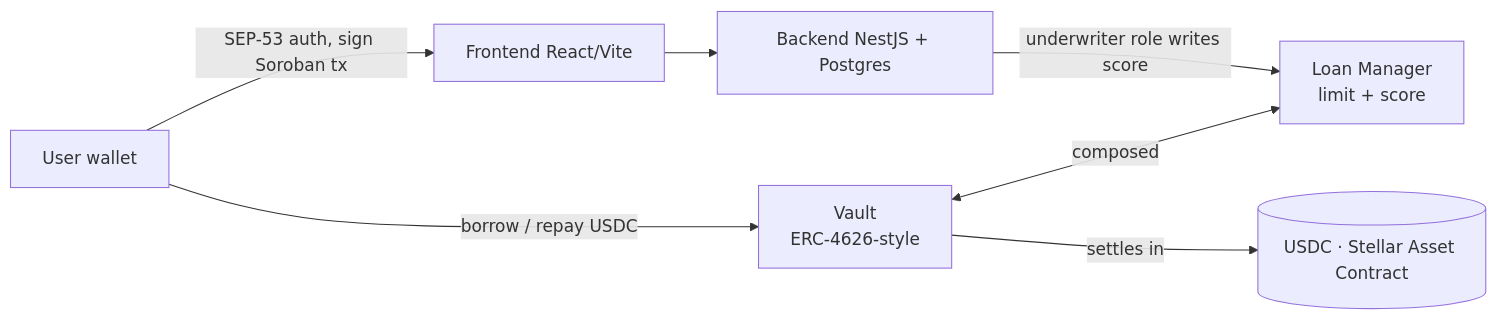
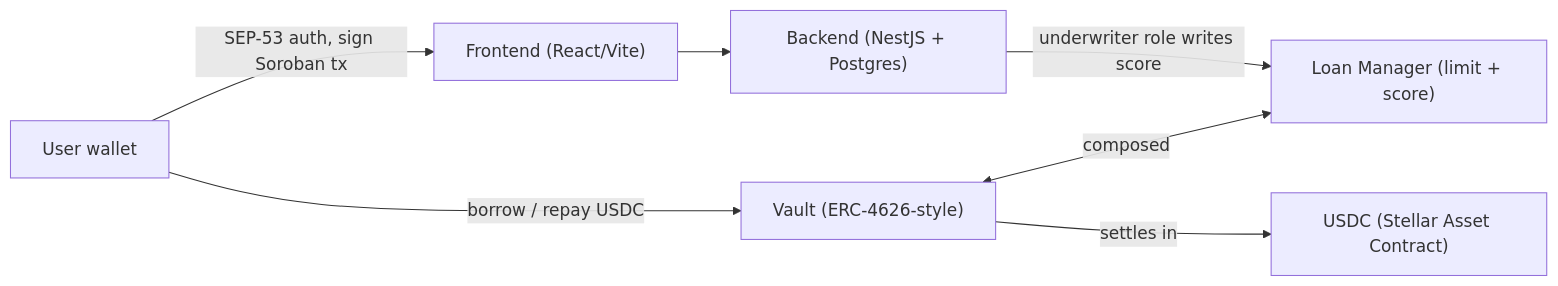
Before and after one commit to LuchoLeonel/lendoor-stellar: the first of 2 diagrams in docs/ARCHITECTURE.md, drawn with Mermaid. The commit also changed other lines of this file, not shown here.

Commit message:
docs: harden mermaid diagrams + add DeFindex worked example

````diff
--- a/docs/ARCHITECTURE.md
+++ b/docs/ARCHITECTURE.md
@@ -33,9 +33,9 @@
 ```mermaid
 flowchart LR
-  U[User wallet] -->|SEP-53 auth, sign Soroban tx| FE[Frontend React/Vite]
-  FE --> BE[Backend NestJS + Postgres]
-  BE -->|underwriter role writes score| LM[Loan Manager<br/>limit + score]
-  U -->|borrow / repay USDC| V[Vault<br/>ERC-4626-style]
+  U["User wallet"] -->|"SEP-53 auth, sign Soroban tx"| FE["Frontend (React/Vite)"]
+  FE --> BE["Backend (NestJS + Postgres)"]
+  BE -->|"underwriter role writes score"| LM["Loan Manager (limit + score)"]
+  U -->|"borrow / repay USDC"| V["Vault (ERC-4626-style)"]
   V <-->|composed| LM
-  V -->|settles in| USDC[(USDC · Stellar Asset Contract)]
+  V -->|"settles in"| USDC["USDC (Stellar Asset Contract)"]
 ```
````
